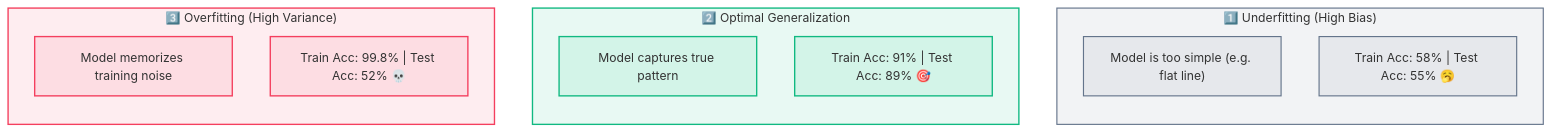
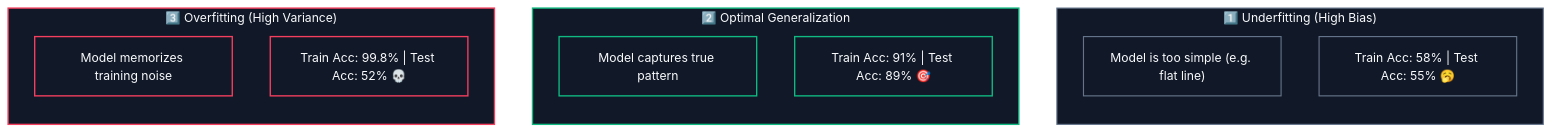
One commit to abhinavbharti2345/CS_Notes changed the second of 4 diagrams in CS/AI & ML/01. Classical ML/04. Train-Test Split and Generalization.md. Above: the diagram before and after it, drawn with Mermaid. The commit also changed other lines of this file and 195 other files, not shown here.

````diff
--- a/CS/AI & ML/01. Classical ML/04. Train-Test Split and Generalization.md
+++ b/CS/AI & ML/01. Classical ML/04. Train-Test Split and Generalization.md
@@ -85,28 +86,29 @@
 ```mermaid
+%%{init: {'theme': 'base', 'themeVariables': { 'darkMode': true, 'background': '#0B0F14', 'mainBkg': '#111827', 'primaryColor': '#111827', 'primaryTextColor': '#F8FAFC', 'primaryBorderColor': '#38BDF8', 'lineColor': '#64748B', 'secondaryColor': '#0B0F14', 'tertiaryColor': '#0B0F14', 'clusterBkg': '#0B0F14', 'clusterBorder': '#38BDF8' }}}%%
 flowchart TD
     subgraph Under ["1️⃣ Underfitting (High Bias)"]
         direction TB
         U1["Model is too simple (e.g. flat line)"]
         U2["Train Acc: 58% | Test Acc: 55% 🥱"]
     end
 
     subgraph Optimal ["2️⃣ Optimal Generalization"]
         direction TB
         O1["Model captures true pattern"]
         O2["Train Acc: 91% | Test Acc: 89% 🎯"]
     end
 
     subgraph Over ["3️⃣ Overfitting (High Variance)"]
         direction TB
         V1["Model memorizes training noise"]
         V2["Train Acc: 99.8% | Test Acc: 52% 💀"]
     end
 
-    classDef under fill:#64748b15,stroke:#64748b,stroke-width:1.5px;
-    classDef opt fill:#10b98118,stroke:#10b981,stroke-width:1.8px;
-    classDef over fill:#f43f5e18,stroke:#f43f5e,stroke-width:1.8px;
+    classDef under fill:#111827,stroke:#64748b,stroke-width:1.5px,color:#F8FAFC;
+    classDef opt fill:#111827,stroke:#10b981,stroke-width:1.8px,color:#F8FAFC;
+    classDef over fill:#111827,stroke:#f43f5e,stroke-width:1.8px,color:#F8FAFC;
 
     class Under,U1,U2 under;
     class Optimal,O1,O2 opt;
     class Over,V1,V2 over;
 ```
````
